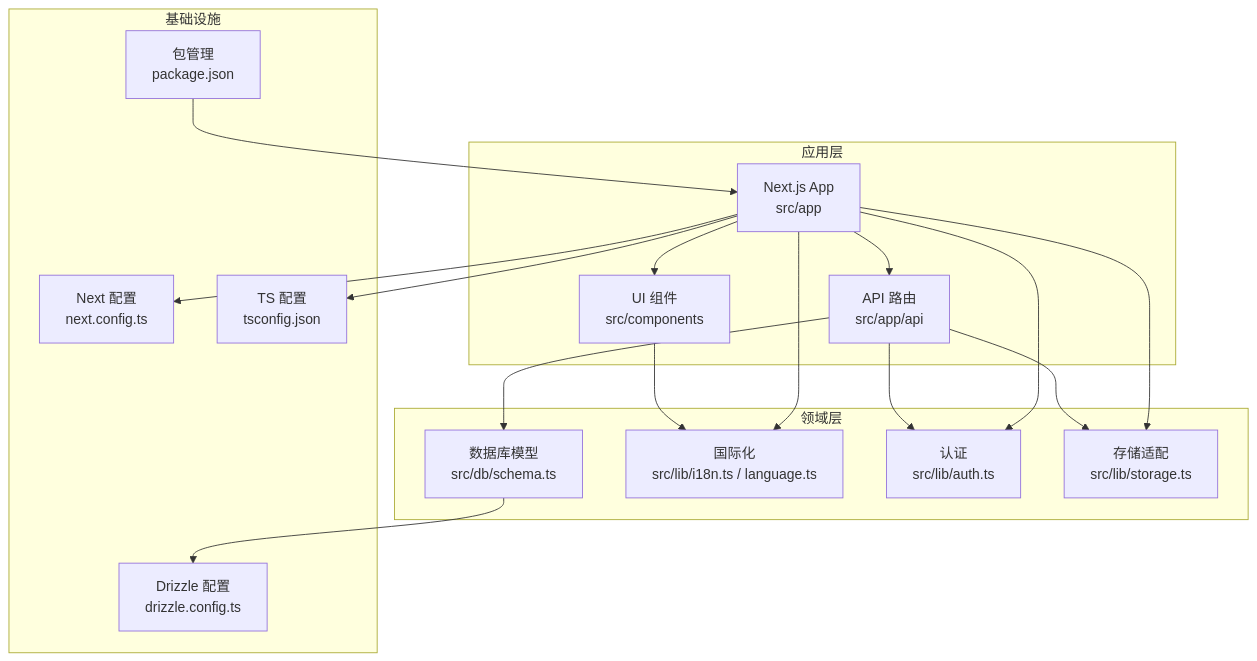
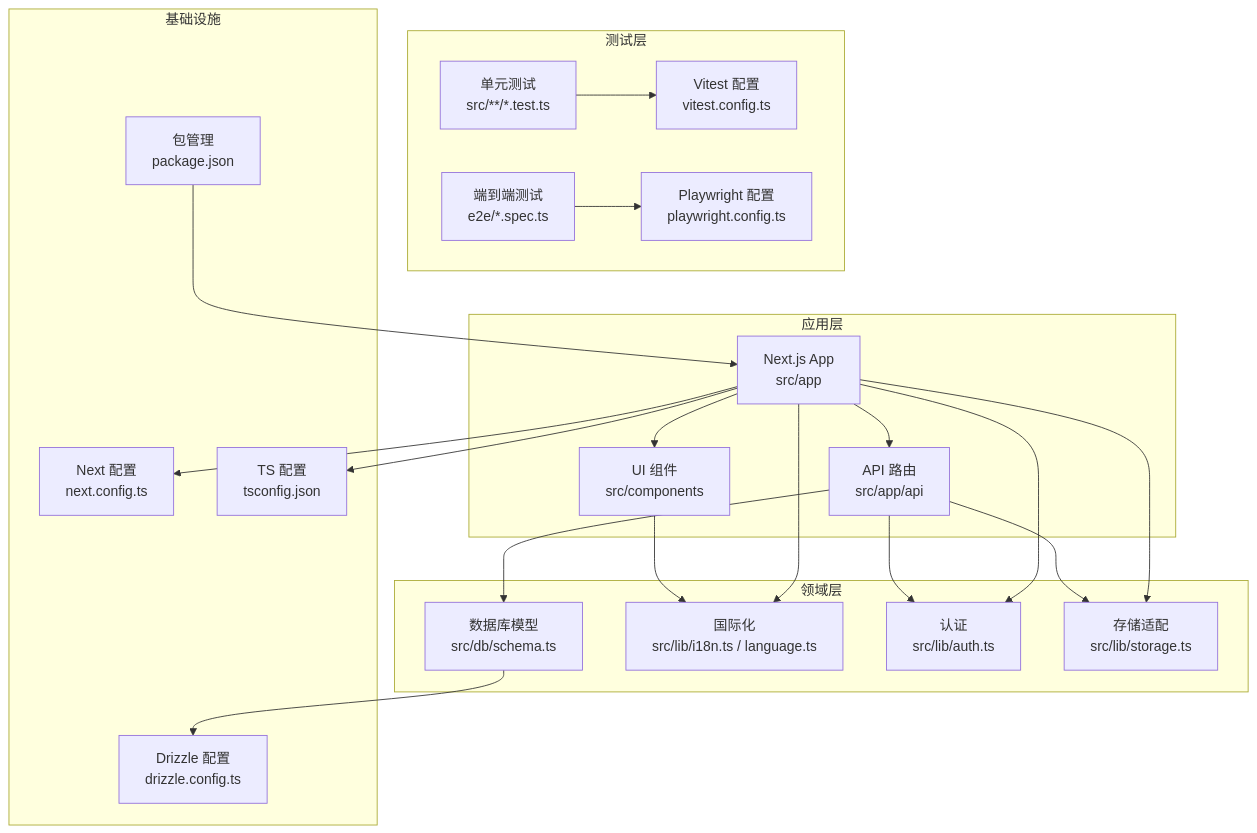
One commit to pnnh/weable changed the first of 9 diagrams in .qoder/repowiki/zh/content/开发指南/开发指南.md. Above: the diagram before and after it, drawn with Mermaid. The commit also changed other lines of this file and 187 other files, not shown here.

````diff
--- a/.qoder/repowiki/zh/content/开发指南/开发指南.md
+++ b/.qoder/repowiki/zh/content/开发指南/开发指南.md
@@ -47,33 +55,41 @@
 ```mermaid
 graph TB
 subgraph "应用层"
 APP["Next.js App<br/>src/app"]
 API["API 路由<br/>src/app/api"]
 COMP["UI 组件<br/>src/components"]
 end
 subgraph "领域层"
 DBSCHEMA["数据库模型<br/>src/db/schema.ts"]
 I18N["国际化<br/>src/lib/i18n.ts / language.ts"]
 AUTH["认证<br/>src/lib/auth.ts"]
 STORAGE["存储适配<br/>src/lib/storage.ts"]
+end
+subgraph "测试层"
+UNIT["单元测试<br/>src/**/*.test.ts"]
+E2E["端到端测试<br/>e2e/*.spec.ts"]
+VITEST["Vitest 配置<br/>vitest.config.ts"]
+PLAYWRIGHT["Playwright 配置<br/>playwright.config.ts"]
 end
 subgraph "基础设施"
 NEXTCFG["Next 配置<br/>next.config.ts"]
 TSCFG["TS 配置<br/>tsconfig.json"]
 DRIZZLECFG["Drizzle 配置<br/>drizzle.config.ts"]
 PKG["包管理<br/>package.json"]
 end
 APP --> API
 APP --> COMP
 API --> DBSCHEMA
 API --> AUTH
 API --> STORAGE
 COMP --> I18N
 APP --> I18N
 APP --> AUTH
 APP --> STORAGE
 APP --> NEXTCFG
 APP --> TSCFG
 DBSCHEMA --> DRIZZLECFG
 PKG --> APP
+UNIT --> VITEST
+E2E --> PLAYWRIGHT
 ```
````
